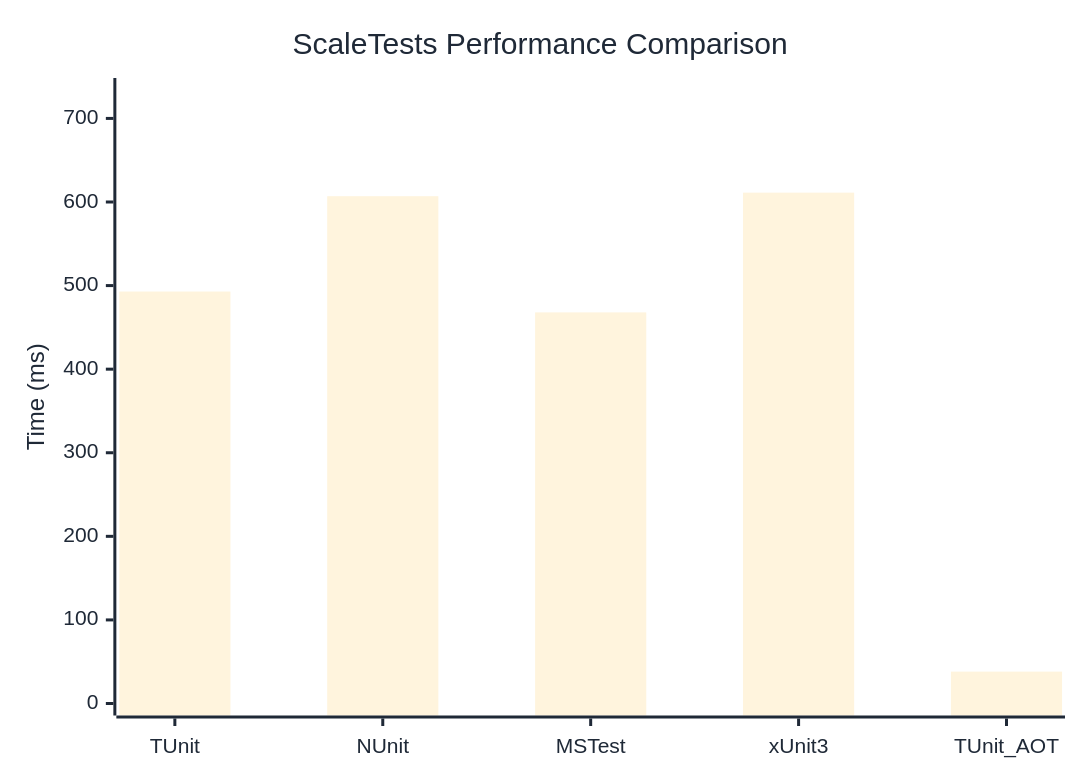
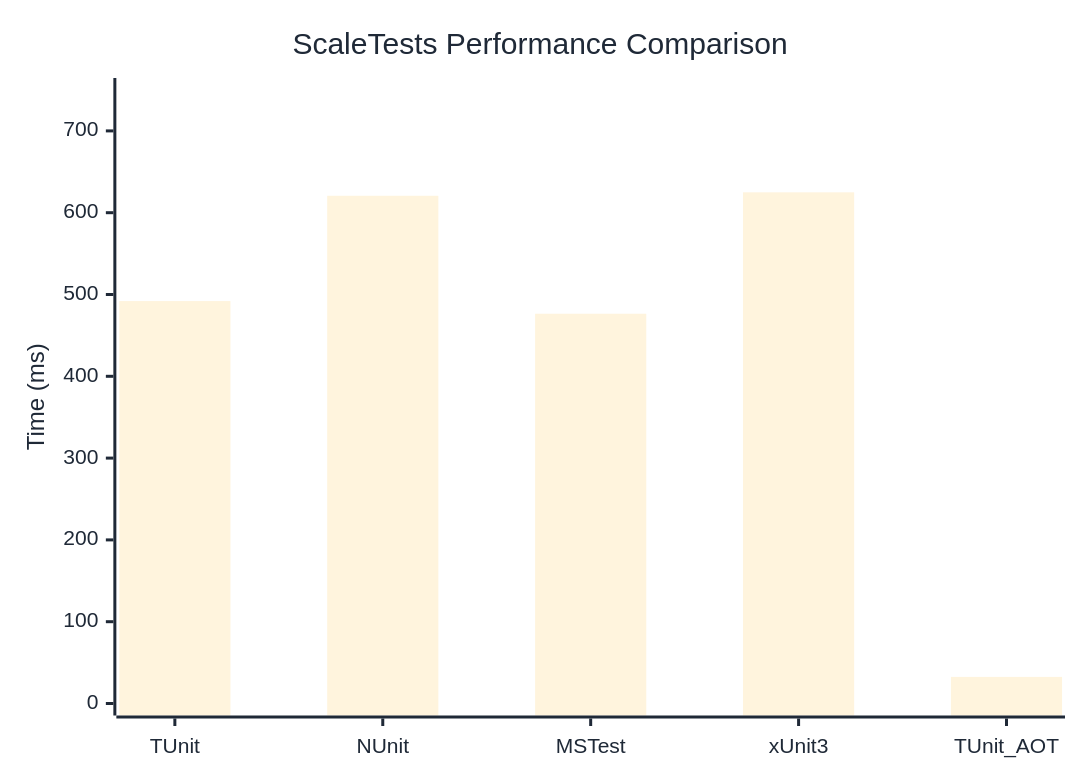
Before and after one commit to thomhurst/TUnit: the diagram in docs/docs/benchmarks/ScaleTests.md, drawn with Mermaid. The commit also changed other lines of this file and 17 other files, not shown here.

````diff
--- a/docs/docs/benchmarks/ScaleTests.md
+++ b/docs/docs/benchmarks/ScaleTests.md
@@ -27,37 +27,37 @@
 ```mermaid
 %%{init: {
   'theme':'base',
   'themeVariables': {
     'primaryColor': '#2563eb',
     'primaryTextColor': '#1f2937',
     'primaryBorderColor': '#1e40af',
     'lineColor': '#6b7280',
     'secondaryColor': '#7c3aed',
     'tertiaryColor': '#dc2626',
     'background': '#ffffff',
     'mainBkg': '#2563eb',
     'secondBkg': '#7c3aed',
     'tertiaryBkg': '#dc2626',
     'clusterBkg': '#f3f4f6',
     'edgeLabelBackground': '#ffffff',
     'tertiaryTextColor': '#1f2937',
     'pie1': '#2563eb',
     'pie2': '#7c3aed',
     'pie3': '#dc2626',
     'pie4': '#f59e0b',
     'pie5': '#10b981',
     'pie6': '#06b6d4',
     'pie7': '#ec4899',
     'pie8': '#6366f1',
     'pie9': '#84cc16',
     'pie10': '#f97316',
     'pie11': '#14b8a6',
     'pie12': '#a855f7'
   }
 }}%%
 xychart-beta
   title "ScaleTests Performance Comparison"
   x-axis ["TUnit", "NUnit", "MSTest", "xUnit3", "TUnit_AOT"]
-  y-axis "Time (ms)" 0 --> 734
-  bar [492.87, 606.95, 467.93, 611.18, 38.13]
+  y-axis "Time (ms)" 0 --> 750
+  bar [491.97, 620.7, 476.49, 624.91, 32.51]
 ```
````
